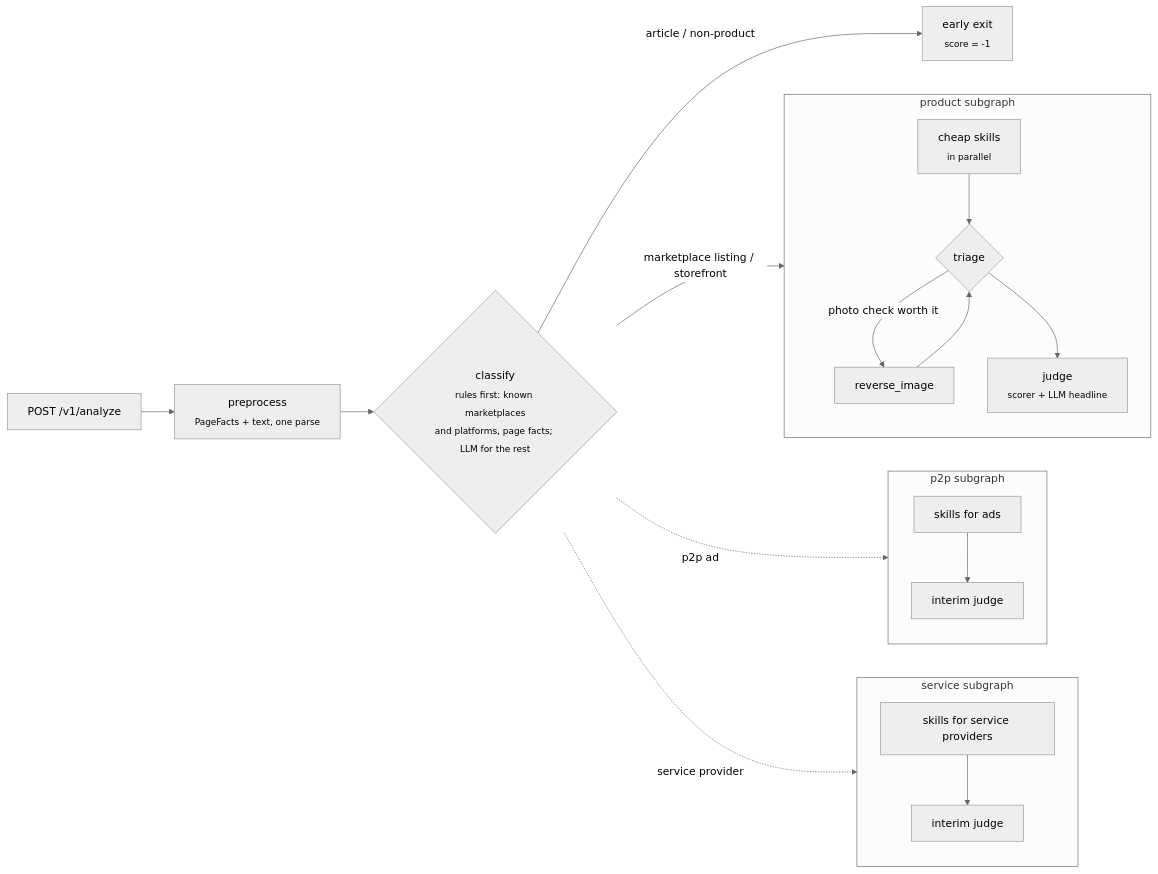
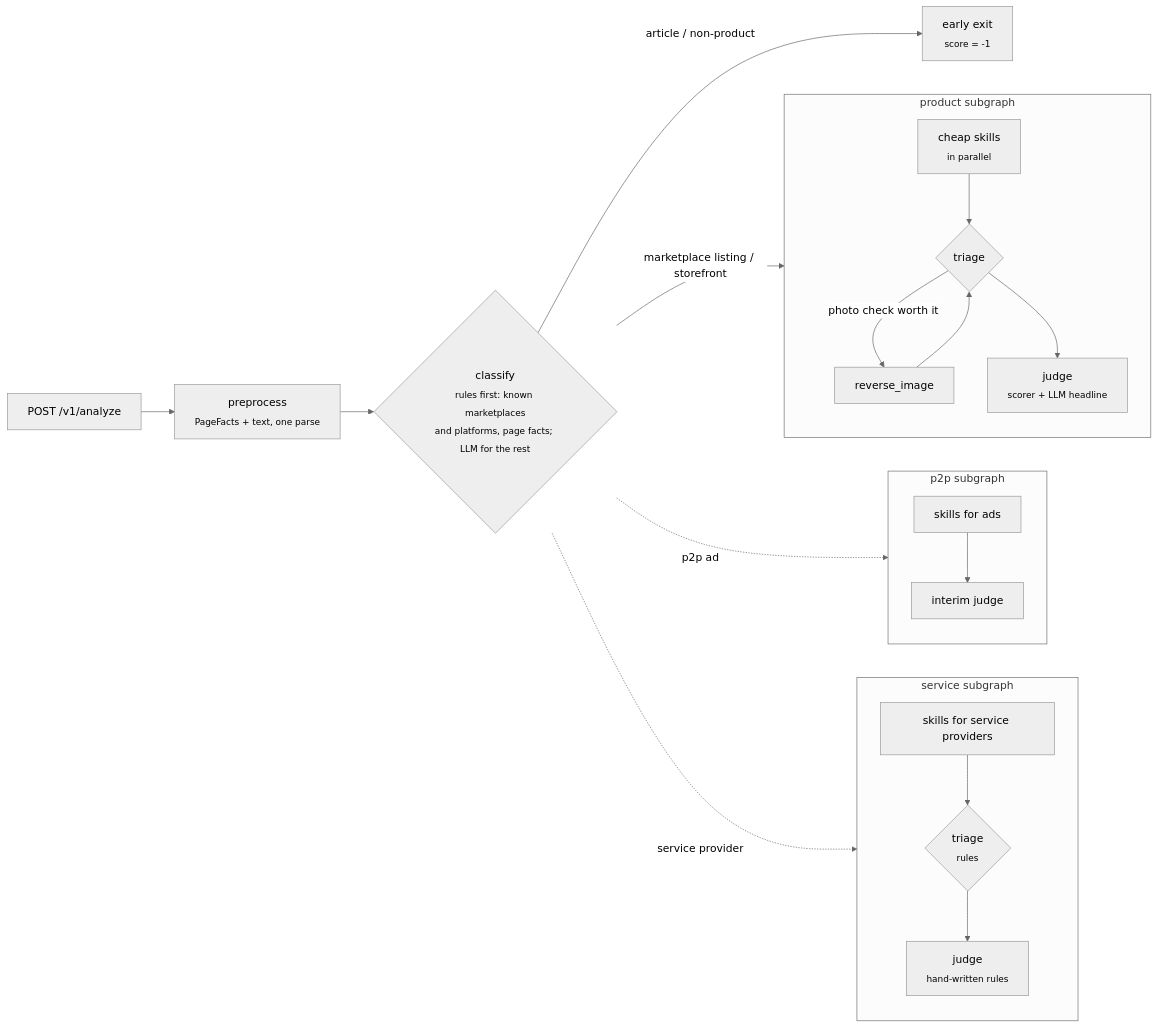
One commit to kroshtan/unfret_backend changed the diagram in README.md. Above: the diagram before and after it, drawn with Mermaid (neutral theme). The commit also changed other lines of this file and 36 other files, not shown here.

First line of the commit message:
Service providers: full verdict for service sites and platform profiles (NL, US)

````diff
--- a/README.md
+++ b/README.md
@@ -23,19 +23,19 @@
 ```mermaid
 flowchart LR
     A[POST /v1/analyze] --> P[preprocess<br/><sub>PageFacts + text, one parse</sub>]
     P --> C{classify<br/><sub>rules first: known marketplaces<br/>and platforms, page facts; LLM for the rest</sub>}
     C -- article / non-product --> X[early exit<br/><sub>score = -1</sub>]
     C -- marketplace listing / storefront --> PR
     C -. p2p ad .-> PP
     C -. service provider .-> SV
     subgraph PR [product subgraph]
         S[cheap skills<br/><sub>in parallel</sub>] --> T{triage} -- photo check worth it --> R[reverse_image] --> T
         T --> J[judge<br/><sub>scorer + LLM headline</sub>]
     end
     subgraph PP [p2p subgraph]
         S2[skills for ads] --> J2[interim judge]
     end
     subgraph SV [service subgraph]
-        S3[skills for service providers] --> J3[interim judge]
+        S3[skills for service providers] --> T3{triage<br/><sub>rules</sub>} --> J3[judge<br/><sub>hand-written rules</sub>]
     end
 ```
````
